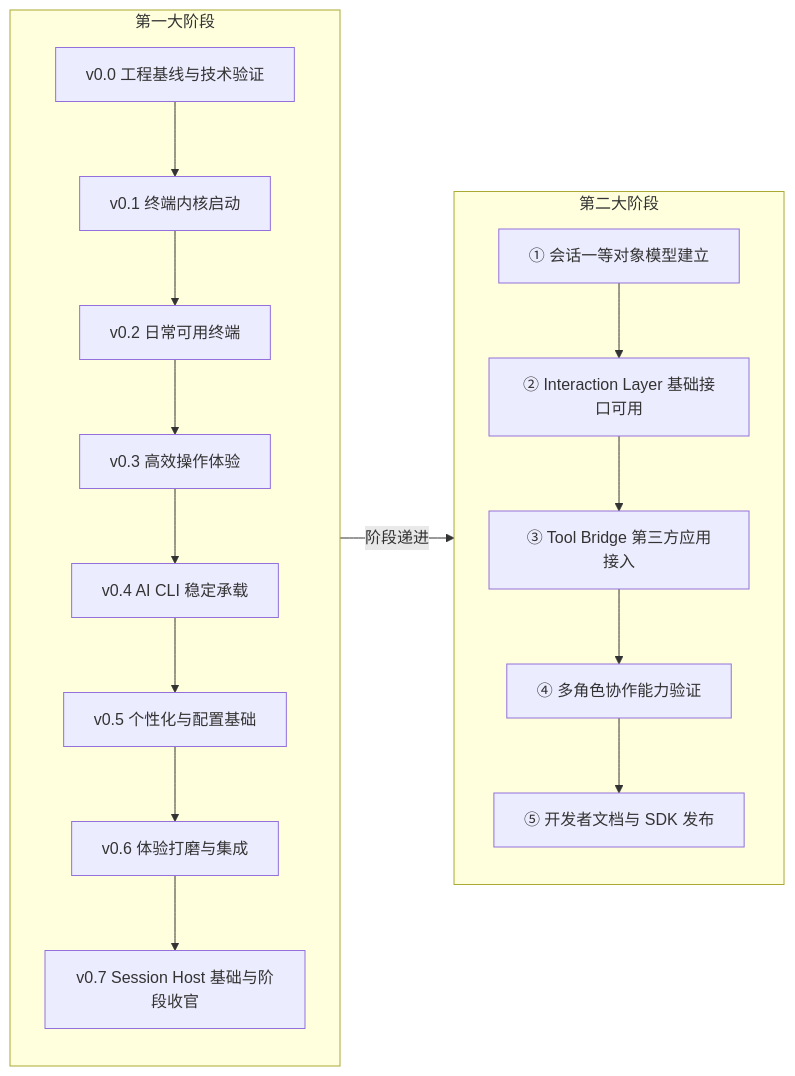
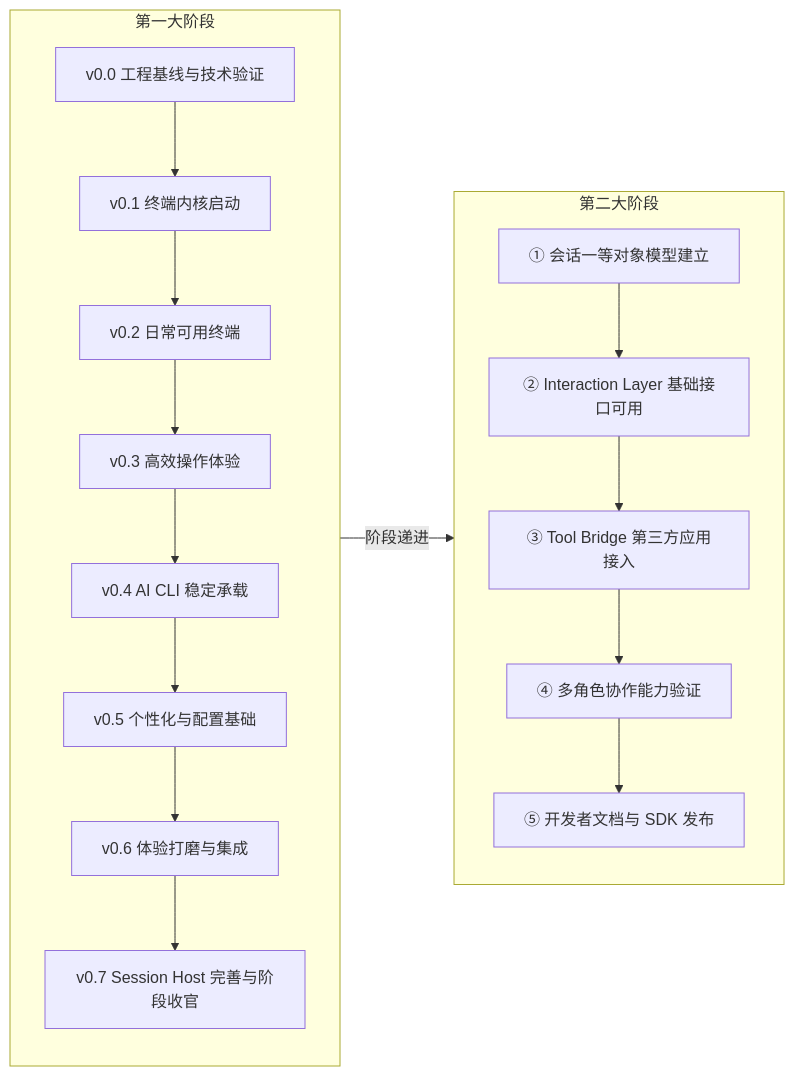
The first of 3 diagrams in docs/reqs/hi-terms-roadmap.md (KyleYang2002/Hi-Terms), drawn with Mermaid before and after one commit. The commit also changed other lines of this file and 3 other files, not shown here.

````diff
--- a/docs/reqs/hi-terms-roadmap.md
+++ b/docs/reqs/hi-terms-roadmap.md
@@ -21,25 +21,25 @@
 ```mermaid
 graph LR
     subgraph 第一大阶段
         direction TB
         V0["v0.0 工程基线与技术验证"]
         V1["v0.1 终端内核启动"]
         V2["v0.2 日常可用终端"]
         V3["v0.3 高效操作体验"]
         V4["v0.4 AI CLI 稳定承载"]
         V5["v0.5 个性化与配置基础"]
         V6["v0.6 体验打磨与集成"]
-        V7["v0.7 Session Host 基础与阶段收官"]
+        V7["v0.7 Session Host 完善与阶段收官"]
         V0 --> V1 --> V2 --> V3 --> V4 --> V5 --> V6 --> V7
     end
     subgraph 第二大阶段
         direction TB
         M1["① 会话一等对象模型建立"]
         M2["② Interaction Layer 基础接口可用"]
         M3["③ Tool Bridge 第三方应用接入"]
         M4["④ 多角色协作能力验证"]
         M5["⑤ 开发者文档与 SDK 发布"]
         M1 --> M2 --> M3 --> M4 --> M5
     end
     V7 -->|阶段递进| M1
 ```
````
